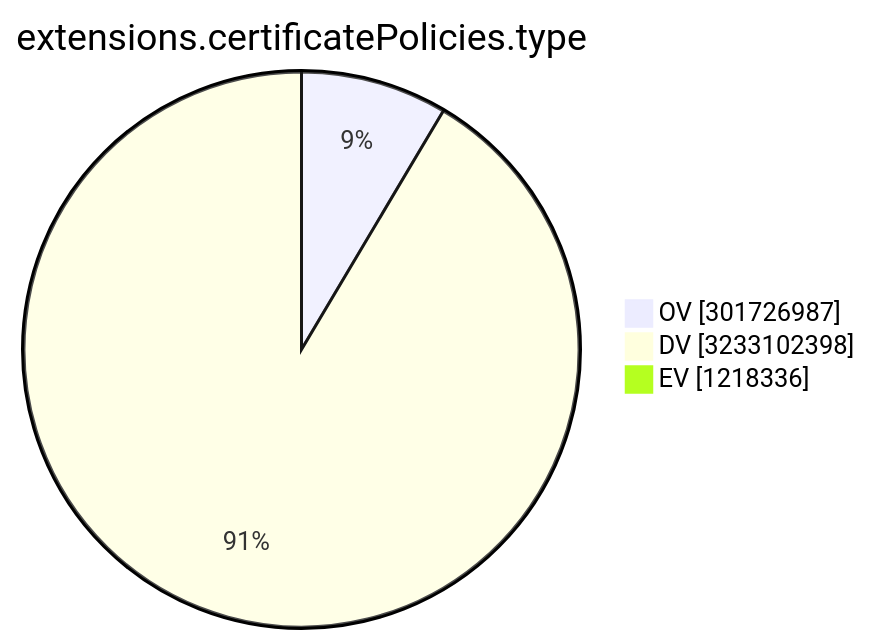
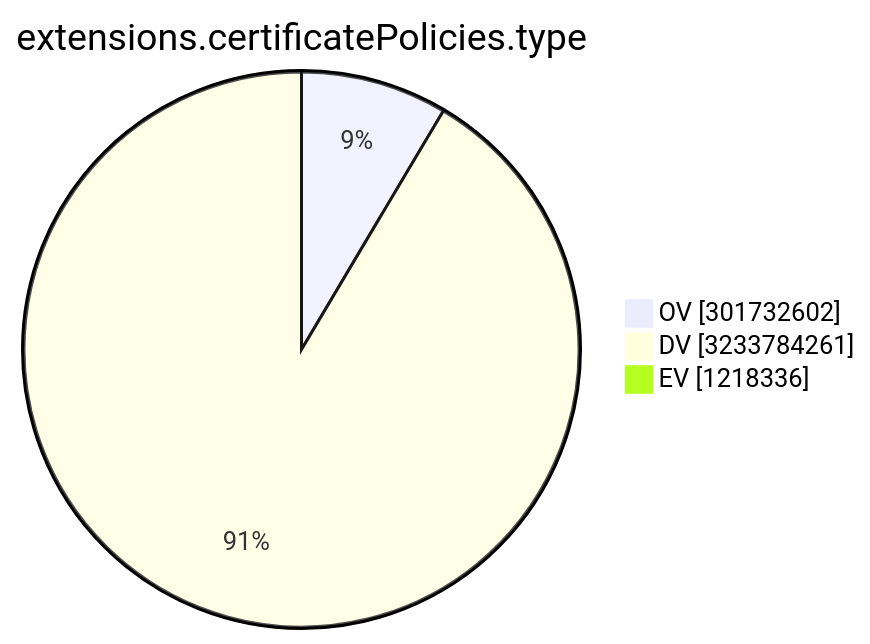
One commit to christiankrug/ctmonitor_visualization changed the ninth of 15 diagrams in TOTAL/README.md. Above: the diagram before and after it, drawn with Mermaid. The commit also changed other lines of this file, not shown here.

````diff
--- a/TOTAL/README.md
+++ b/TOTAL/README.md
@@ -3107,7 +3107,7 @@
 ```mermaid
 pie showData
 title extensions.certificatePolicies.type
-"OV" :301726987
-"DV" :3233102398
+"OV" :301732602
+"DV" :3233784261
 "EV" :1218336
 ```
````
